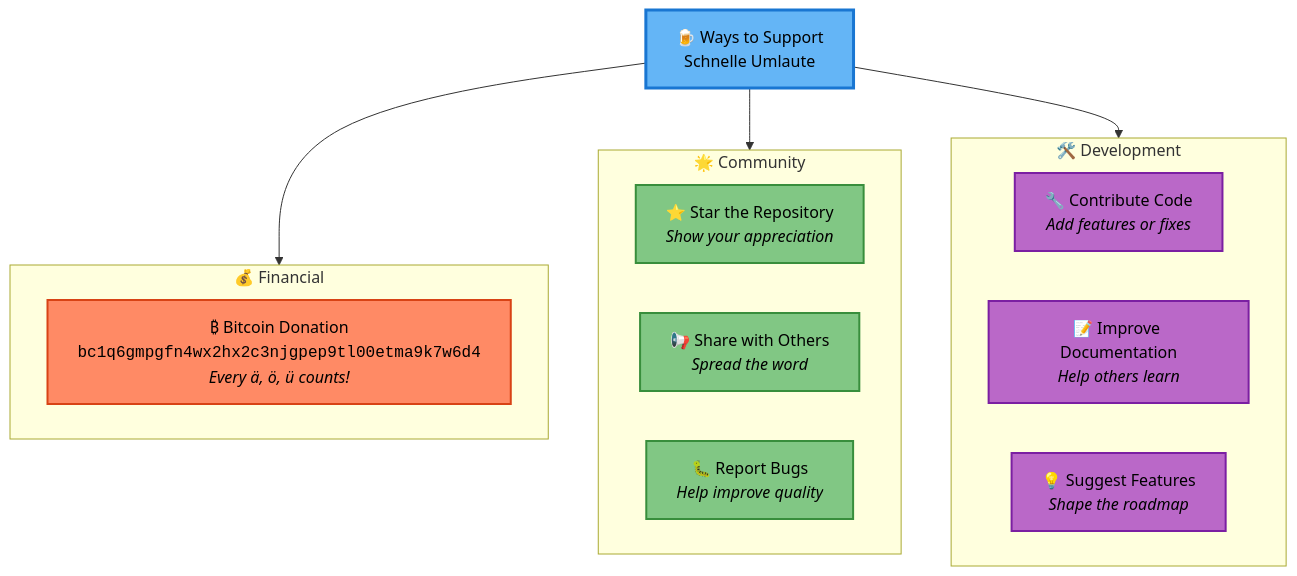
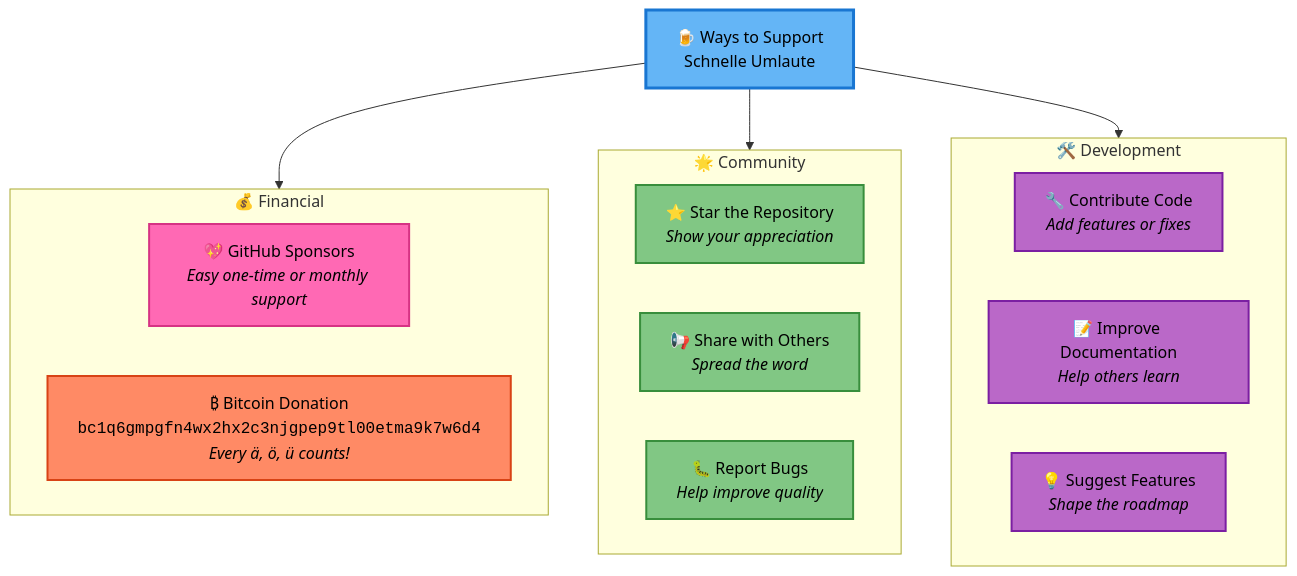
One commit to Maik-0000FF/schnelle-umlaute changed the sixth of 6 diagrams in README.md. Above: the diagram before and after it, drawn with Mermaid. The commit also changed other lines of this file and 1 other file, not shown here.

Commit message:
feat: Add GitHub Sponsors support and FUNDING.yml
- Add .github/FUNDING.yml for sponsor button on repo
- Add GitHub Sponsors badge and entry to README support section

````diff
--- a/README.md
+++ b/README.md
@@ -865,33 +867,35 @@
 ```mermaid
 graph TB
     Start["🍺 Ways to Support<br/>Schnelle Umlaute"]
 
     subgraph one["💰 Financial"]
+        Sponsor["💖 GitHub Sponsors<br/><i>Easy one-time or monthly support</i>"]
         Bitcoin["₿ Bitcoin Donation<br/><code>bc1q6gmpgfn4wx2hx2c3njgpep9tl00etma9k7w6d4</code><br/><i>Every ä, ö, ü counts!</i>"]
     end
 
     subgraph two["🌟 Community"]
         Star["⭐ Star the Repository<br/><i>Show your appreciation</i>"]
         Share["📢 Share with Others<br/><i>Spread the word</i>"]
         Report["🐛 Report Bugs<br/><i>Help improve quality</i>"]
     end
 
     subgraph three["🛠️ Development"]
         Code["🔧 Contribute Code<br/><i>Add features or fixes</i>"]
         Docs["📝 Improve Documentation<br/><i>Help others learn</i>"]
         Ideas["💡 Suggest Features<br/><i>Shape the roadmap</i>"]
     end
 
     Start --> one
     Start --> two
     Start --> three
 
     style Start fill:#64b5f6,stroke:#1976d2,stroke-width:3px,color:#000
+    style Sponsor fill:#ff69b4,stroke:#d63384,stroke-width:2px,color:#000
     style Bitcoin fill:#ff8a65,stroke:#d84315,stroke-width:2px,color:#000
     style Star fill:#81c784,stroke:#388e3c,stroke-width:2px,color:#000
     style Share fill:#81c784,stroke:#388e3c,stroke-width:2px,color:#000
     style Report fill:#81c784,stroke:#388e3c,stroke-width:2px,color:#000
     style Code fill:#ba68c8,stroke:#7b1fa2,stroke-width:2px,color:#000
     style Docs fill:#ba68c8,stroke:#7b1fa2,stroke-width:2px,color:#000
     style Ideas fill:#ba68c8,stroke:#7b1fa2,stroke-width:2px,color:#000
 ```
````
